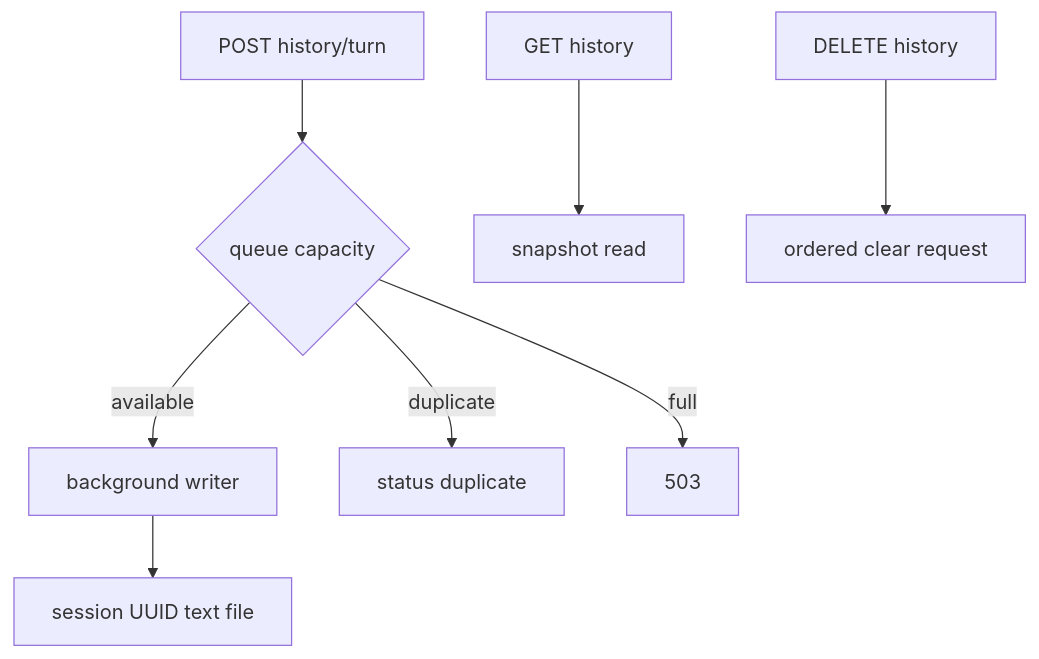
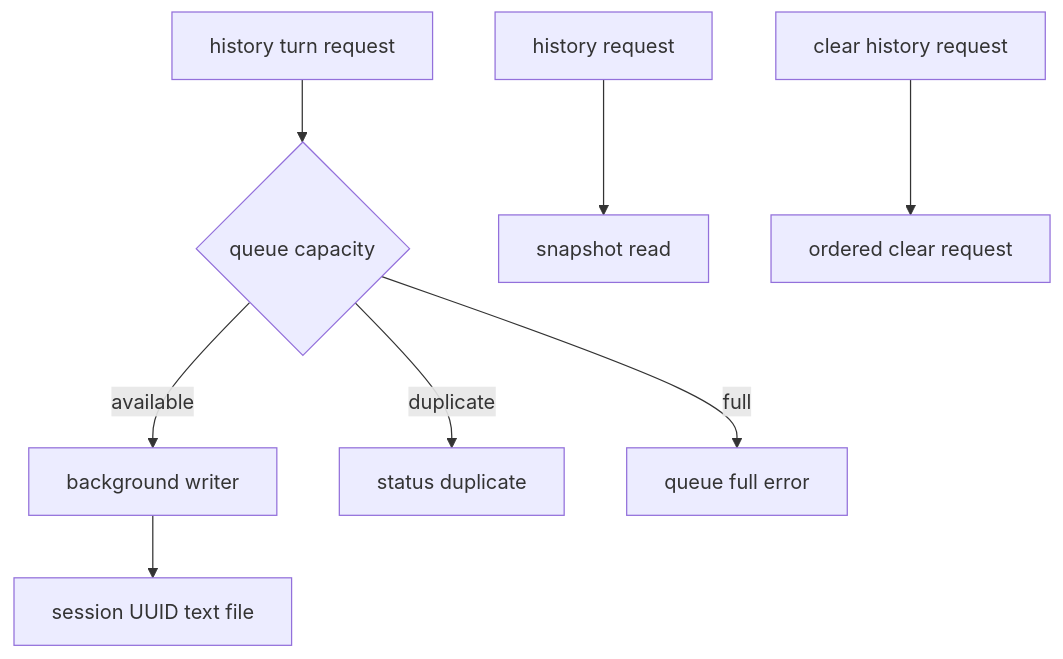
One commit to shantan1213/voice-pilot changed the diagram in docs/10-conversation-history-and-persistence.md. Above: the diagram before and after it, drawn with Mermaid. The commit also changed 8 other files, not shown here.

Commit message:
Normalize all Mermaid diagrams for GitHub

````diff
--- a/docs/10-conversation-history-and-persistence.md
+++ b/docs/10-conversation-history-and-persistence.md
@@ -9,10 +9,10 @@
 ```mermaid
 flowchart TD
-  R[POST history/turn] --> Q{queue capacity}
+  R[history turn request] --> Q{queue capacity}
   Q -- available --> W[background writer]
   Q -- duplicate --> D[status duplicate]
-  Q -- full --> E[503]
+  Q -- full --> E[queue full error]
   W --> F[session UUID text file]
-  G[GET history] --> S[snapshot read]
-  C[DELETE history] --> Q2[ordered clear request]
+  G[history request] --> S[snapshot read]
+  C[clear history request] --> Q2[ordered clear request]
 ```
````
